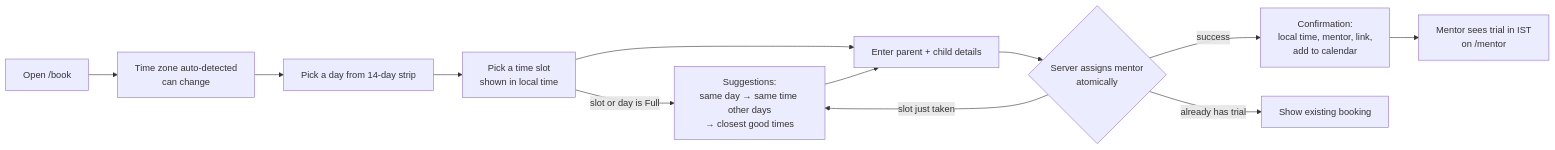
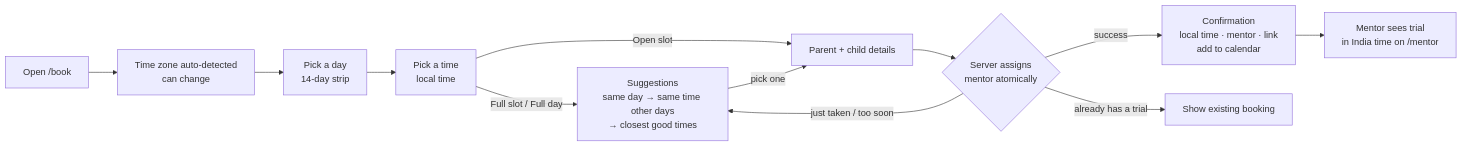
The diagram in docs/PRD.md (amit429/trial-session-booking), drawn with Mermaid before and after one commit. The commit also changed other lines of this file and 1 other file, not shown here.

````diff
--- a/docs/PRD.md
+++ b/docs/PRD.md
@@ -40,14 +58,14 @@
 ```mermaid
 flowchart LR
   A[Open /book] --> B[Time zone auto-detected<br/>can change]
-  B --> C[Pick a day from 14-day strip]
-  C --> D[Pick a time slot<br/>shown in local time]
-  D -- slot or day is Full --> H
-  D --> E[Enter parent + child details]
-  E --> F{Server assigns mentor<br/>atomically}
-  F -- success --> G[Confirmation:<br/>local time, mentor, link,<br/>add to calendar]
-  F -- slot just taken --> H[Suggestions:<br/>same day → same time other days<br/>→ closest good times]
-  H --> E
-  F -- already has trial --> I[Show existing booking]
-  G --> J[Mentor sees trial in IST<br/>on /mentor]
+  B --> C[Pick a day<br/>14-day strip]
+  C --> D[Pick a time<br/>local time]
+  D -- Full slot / Full day --> H
+  D -- Open slot --> E[Parent + child details]
+  E --> F{Server assigns<br/>mentor atomically}
+  F -- success --> G[Confirmation<br/>local time · mentor · link<br/>add to calendar]
+  F -- just taken / too soon --> H[Suggestions<br/>same day → same time other days<br/>→ closest good times]
+  H -- pick one --> E
+  F -- already has a trial --> I[Show existing booking]
+  G --> J[Mentor sees trial<br/>in India time on /mentor]
 ```
````
